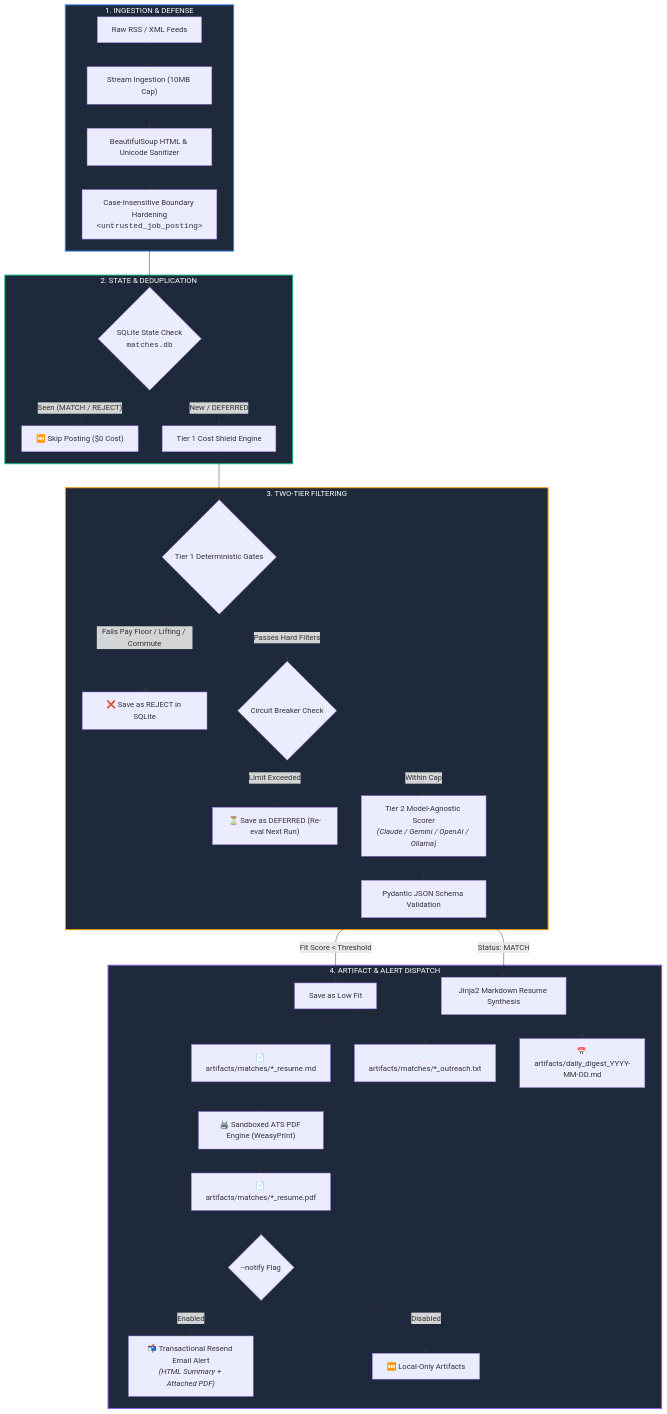
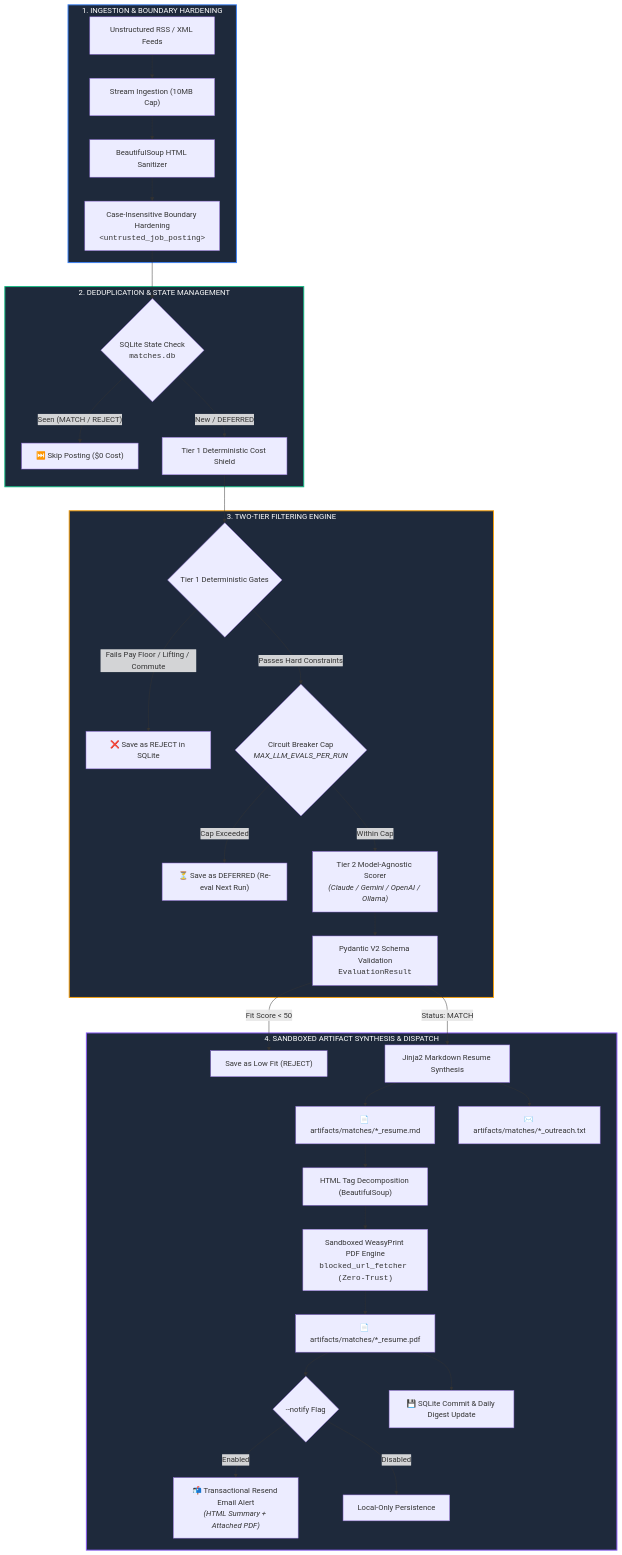
One commit to ddgiovinazzo/beacon-ai changed the diagram in README.md. Above: the diagram before and after it, drawn with Mermaid. The commit also changed other lines of this file, not shown here.

````diff
--- a/README.md
+++ b/README.md
@@ -72,41 +59,42 @@
 ```mermaid
 flowchart TD
-    subgraph S1["1. INGESTION & DEFENSE"]
-        A["Raw RSS / XML Feeds"] --> B["Stream Ingestion (10MB Cap)"]
-        B --> C["BeautifulSoup HTML & Unicode Sanitizer"]
+    subgraph S1["1. INGESTION & BOUNDARY HARDENING"]
+        A["Unstructured RSS / XML Feeds"] --> B["Stream Ingestion (10MB Cap)"]
+        B --> C["BeautifulSoup HTML Sanitizer"]
         C --> D["Case-Insensitive Boundary Hardening<br/><code>&lt;untrusted_job_posting&gt;</code>"]
     end
 
-    subgraph S2["2. STATE & DEDUPLICATION"]
+    subgraph S2["2. DEDUPLICATION & STATE MANAGEMENT"]
         D --> E{"SQLite State Check<br/><code>matches.db</code>"}
         E -- "Seen (MATCH / REJECT)" --> F["⏭️ Skip Posting ($0 Cost)"]
-        E -- "New / DEFERRED" --> G["Tier 1 Cost Shield Engine"]
+        E -- "New / DEFERRED" --> G["Tier 1 Deterministic Cost Shield"]
     end
 
-    subgraph S3["3. TWO-TIER FILTERING"]
+    subgraph S3["3. TWO-TIER FILTERING ENGINE"]
         G --> H{"Tier 1 Deterministic Gates"}
         H -- "Fails Pay Floor / Lifting / Commute" --> I["❌ Save as REJECT in SQLite"]
-        H -- "Passes Hard Filters" --> J{"Circuit Breaker Check"}
-        J -- "Limit Exceeded" --> K["⏳ Save as DEFERRED (Re-eval Next Run)"]
+        H -- "Passes Hard Constraints" --> J{"Circuit Breaker Cap<br/><i>MAX_LLM_EVALS_PER_RUN</i>"}
+        J -- "Cap Exceeded" --> K["⏳ Save as DEFERRED (Re-eval Next Run)"]
         J -- "Within Cap" --> L["Tier 2 Model-Agnostic Scorer<br/><i>(Claude / Gemini / OpenAI / Ollama)</i>"]
-        L --> M["Pydantic JSON Schema Validation"]
+        L --> M["Pydantic V2 Schema Validation<br/><code>EvaluationResult</code>"]
     end
 
-    subgraph S4["4. ARTIFACT & ALERT DISPATCH"]
-        M -- "Fit Score < Threshold" --> N["Save as Low Fit"]
+    subgraph S4["4. SANDBOXED ARTIFACT SYNTHESIS & DISPATCH"]
+        M -- "Fit Score < 50" --> N["Save as Low Fit (REJECT)"]
         M -- "Status: MATCH" --> O["Jinja2 Markdown Resume Synthesis"]
         O --> P["📄 artifacts/matches/*_resume.md"]
         O --> Q["✉️ artifacts/matches/*_outreach.txt"]
-        P --> S["🖨️ Sandboxed ATS PDF Engine (WeasyPrint)"]
+        P --> R["HTML Tag Decomposition (BeautifulSoup)"]
+        R --> S["Sandboxed WeasyPrint PDF Engine<br/><code>blocked_url_fetcher (Zero-Trust)</code>"]
         S --> T["📄 artifacts/matches/*_resume.pdf"]
         T --> U{"--notify Flag"}
         U -- "Enabled" --> V["📬 Transactional Resend Email Alert<br/><i>(HTML Summary + Attached PDF)</i>"]
-        U -- "Disabled" --> W["⏭️ Local-Only Artifacts"]
-        O --> R["📅 artifacts/daily_digest_YYYY-MM-DD.md"]
+        U -- "Disabled" --> W["Local-Only Persistence"]
+        T --> X["💾 SQLite Commit & Daily Digest Update"]
     end
 
     style S1 fill:#1e293b,stroke:#3b82f6,stroke-width:2px,color:#fff
     style S2 fill:#1e293b,stroke:#10b981,stroke-width:2px,color:#fff
     style S3 fill:#1e293b,stroke:#f59e0b,stroke-width:2px,color:#fff
     style S4 fill:#1e293b,stroke:#8b5cf6,stroke-width:2px,color:#fff
 ```
````
